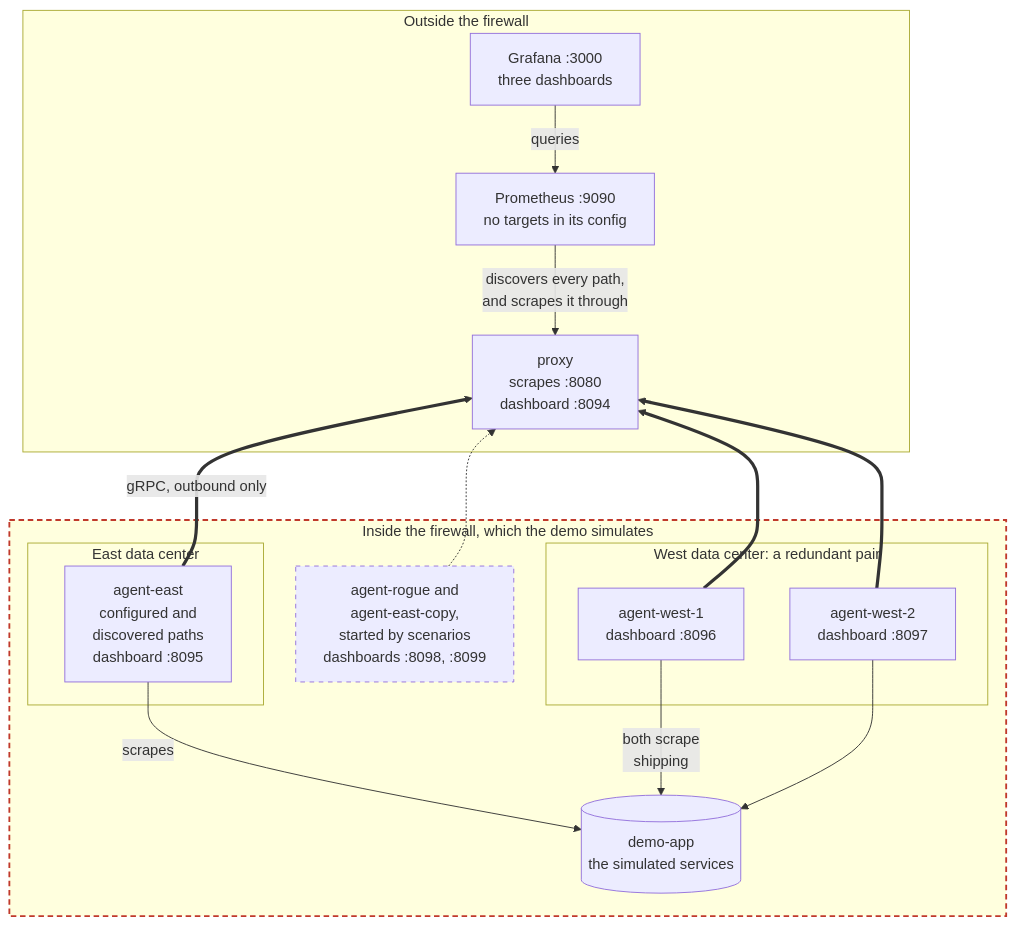
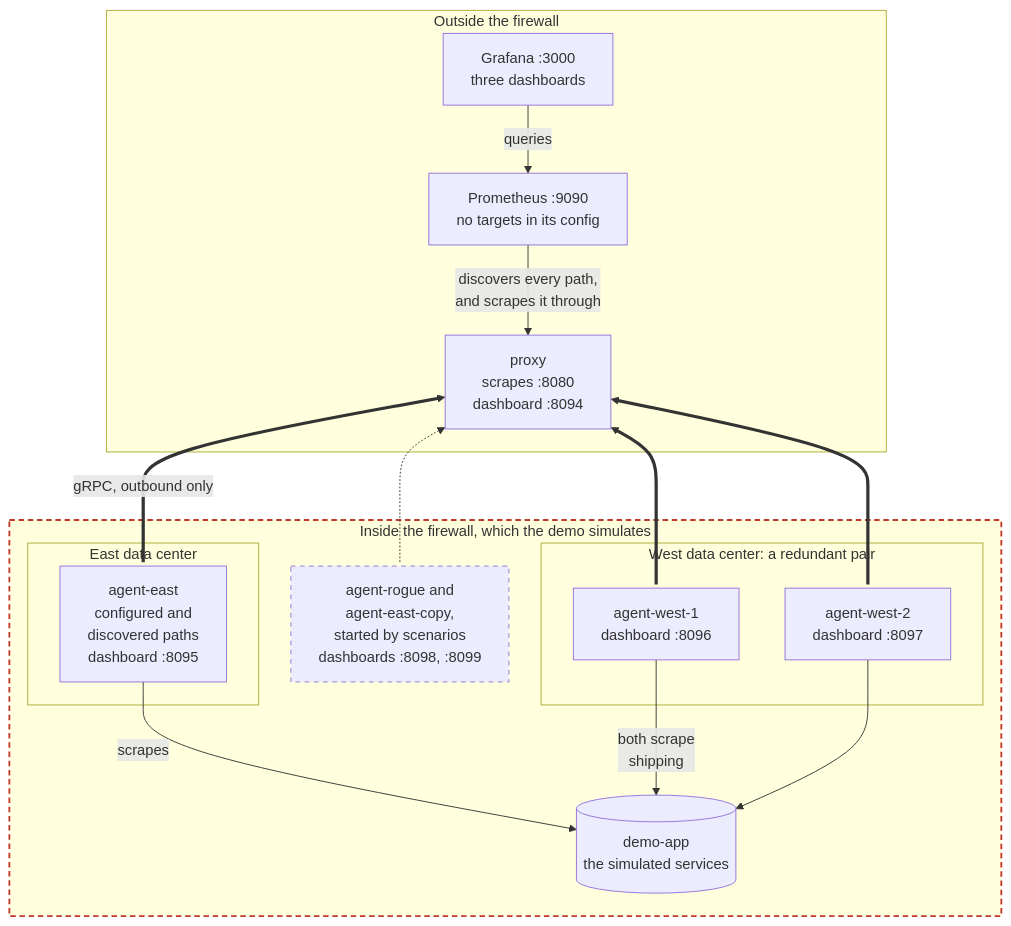
Before and after one commit to pambrose/prometheus-proxy: the diagram in demos/basics/README.md, drawn with Mermaid. The commit also changed other lines of this file and 24 other files, not shown here.

````diff
--- a/demos/basics/README.md
+++ b/demos/basics/README.md
@@ -14,35 +14,38 @@
 ```mermaid
 flowchart TB
   subgraph outside["Outside the firewall"]
     grafana["Grafana :3000<br/>three dashboards"]
     prometheus["Prometheus :9090<br/>no targets in its config"]
     proxy["proxy<br/>scrapes :8080<br/>dashboard :8094"]
   end
 
   subgraph inside["Inside the firewall, which the demo simulates"]
     subgraph east["East data center"]
       agentEast["agent-east<br/>configured and<br/>discovered paths<br/>dashboard :8095"]
     end
     subgraph west["West data center: a redundant pair"]
       agentWest1["agent-west-1<br/>dashboard :8096"]
       agentWest2["agent-west-2<br/>dashboard :8097"]
     end
     scenario["agent-rogue and<br/>agent-east-copy,<br/>started by scenarios<br/>dashboards :8098, :8099"]
     app[("demo-app<br/>the simulated services")]
   end
 
   grafana -->|queries| prometheus
   prometheus -->|"discovers every path,<br/>and scrapes it through"| proxy
-  proxy ~~~ agentEast & agentWest1 & agentWest2 & scenario
-  agentEast ==>|"gRPC, outbound only"| proxy
-  agentWest1 ==> proxy
-  agentWest2 ==> proxy
-  scenario -.-> proxy
+  %% Each agent connects out to the proxy, so its edge's one arrowhead is at the proxy. Each is written from the upper
+  %% end, which keeps the lower end below it, as a two-way edge whose other arrowhead linkStyle takes off. Written from
+  %% the lower end, an edge needed an invisible link to keep that order, and the layout bent it around the link.
+  proxy <==>|"gRPC, outbound only"| agentEast
+  proxy <==> agentWest1
+  proxy <==> agentWest2
+  proxy <-.-> scenario
   agentEast -->|scrapes| app
   agentWest1 -->|"both scrape<br/>shipping"| app
   agentWest2 --> app
+  linkStyle 2,3,4,5 marker-end:none
 
   classDef started stroke-dasharray: 5 5
   class scenario started
   style inside stroke:#c0392b,stroke-width:2px,stroke-dasharray:6 4
 ```
````
